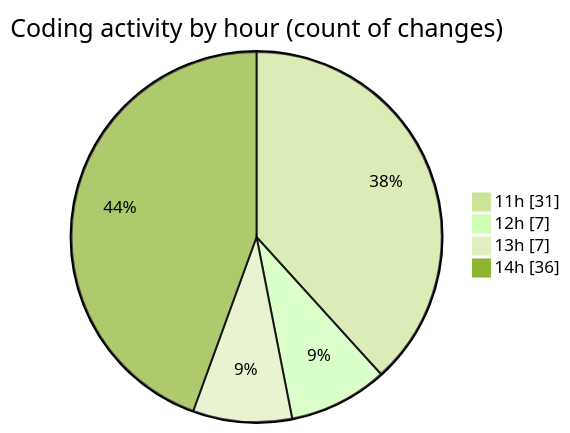
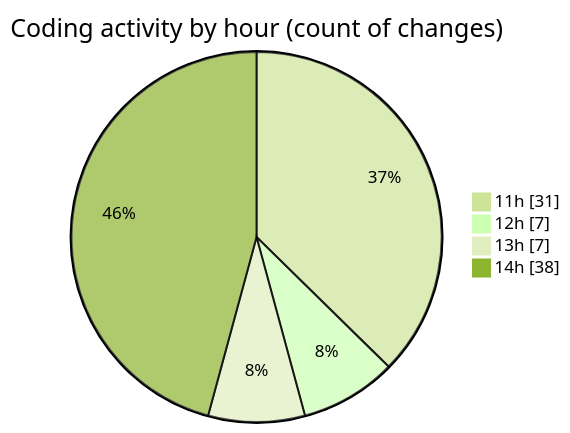
One commit to nxtqubesakshisongat/code-tracking changed the second of 2 diagrams in 2025-07-23/nxtqube_webapp/README.md. Above: the diagram before and after it, drawn with Mermaid (forest theme). The commit also changed other lines of this file and 1 other file, not shown here.

````diff
--- a/2025-07-23/nxtqube_webapp/README.md
+++ b/2025-07-23/nxtqube_webapp/README.md
@@ -51,8 +51,8 @@
 ```mermaid
 pie showData
 title Coding activity by hour (count of changes)
 "11h" : 31
 "12h" : 7
 "13h" : 7
-"14h" : 36
+"14h" : 38
 ```
````
